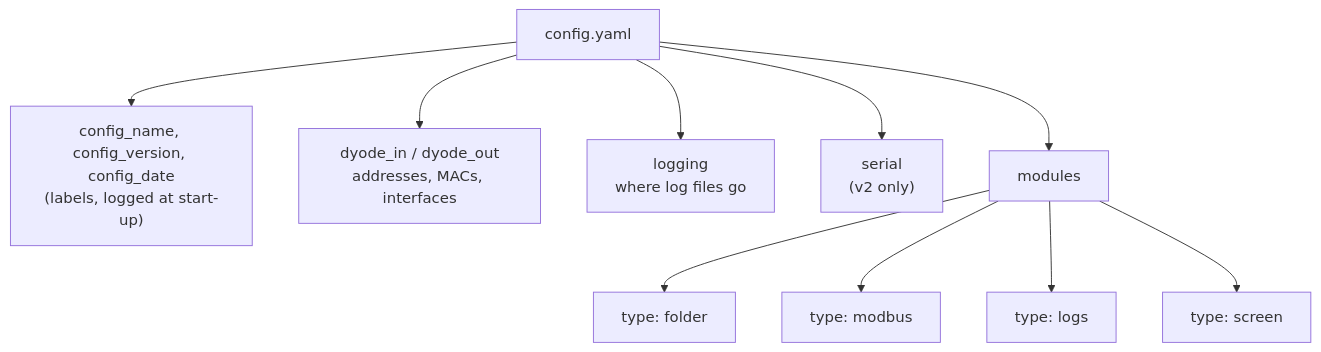
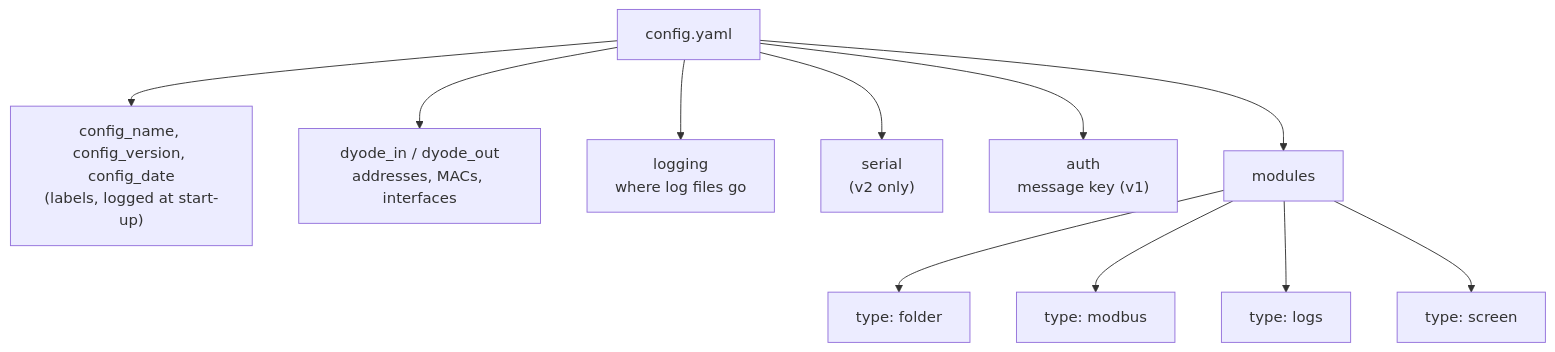
Before and after one commit to wavestone-cdt/dyode: the diagram in docs/wiki/Configuration-Reference.md, drawn with Mermaid. The commit also changed other lines of this file and 39 other files, not shown here.

````diff
--- a/docs/wiki/Configuration-Reference.md
+++ b/docs/wiki/Configuration-Reference.md
@@ -9,12 +9,13 @@
 ```mermaid
 flowchart TB
     CFG["config.yaml"] --> META["config_name, config_version, config_date<br/>(labels, logged at start-up)"]
     CFG --> NET["dyode_in / dyode_out<br/>addresses, MACs, interfaces"]
     CFG --> LOG["logging<br/>where log files go"]
     CFG --> SER["serial<br/>(v2 only)"]
+    CFG --> AUTH["auth<br/>message key (v1)"]
     CFG --> MODS["modules"]
     MODS --> MF["type: folder"]
     MODS --> MM["type: modbus"]
     MODS --> ML["type: logs"]
     MODS --> MS["type: screen"]
 ```
````
